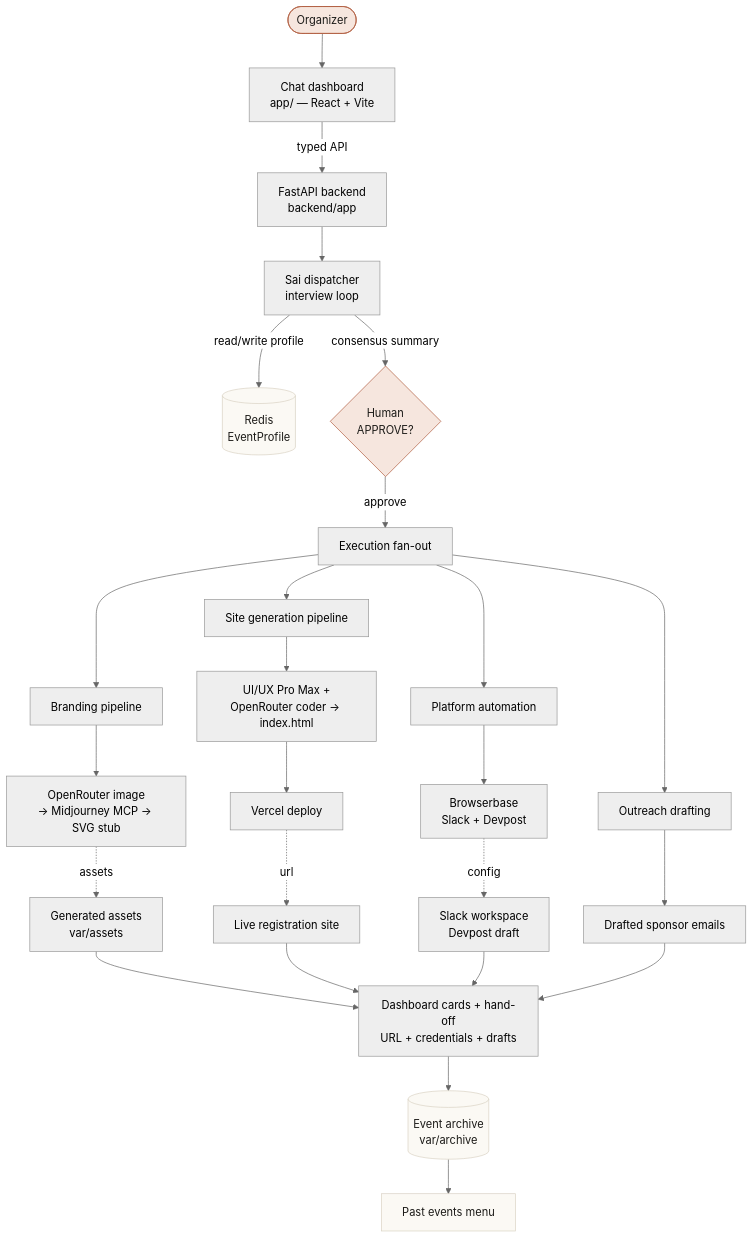
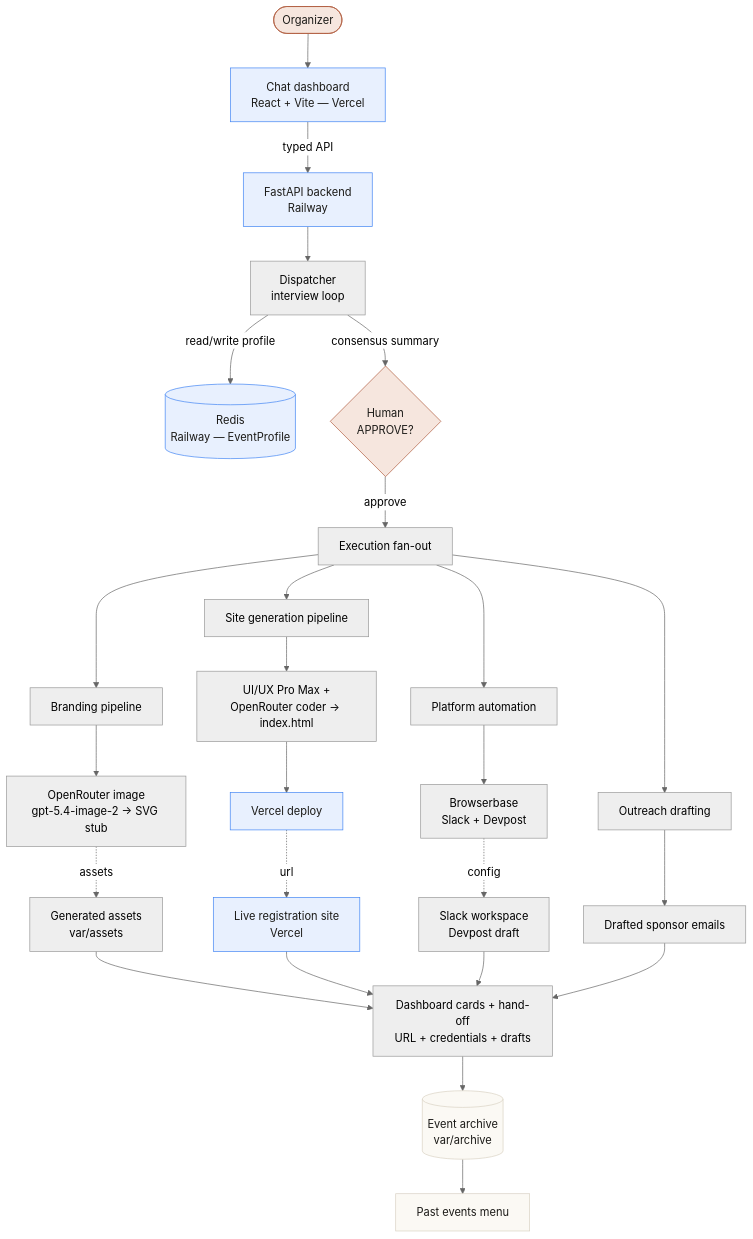
One commit to isaksmith/EventPlannerAgent changed the diagram in README.md. Above: the diagram before and after it, drawn with Mermaid (neutral theme). The commit also changed other lines of this file, not shown here.

First line of the commit message:
Update README for Railway/Vercel hosted stack

````diff
--- a/README.md
+++ b/README.md
@@ -34,36 +34,38 @@
 ```mermaid
 flowchart TD
-    User([Organizer]) --> Chat[Chat dashboard<br/>app/ — React + Vite]
-    Chat -->|typed API| API[FastAPI backend<br/>backend/app]
-    API --> Sai[Sai dispatcher<br/>interview loop]
-    Sai -->|read/write profile| Redis[(Redis<br/>EventProfile)]
-    Sai -->|consensus summary| Gate{Human<br/>APPROVE?}
+    User([Organizer]) --> Chat[Chat dashboard<br/>React + Vite — Vercel]
+    Chat -->|typed API| API[FastAPI backend<br/>Railway]
+    API --> Orch[Dispatcher<br/>interview loop]
+    Orch -->|read/write profile| Redis[(Redis<br/>Railway — EventProfile)]
+    Orch -->|consensus summary| Gate{Human<br/>APPROVE?}
     Gate -->|approve| Fan[Execution fan-out]
 
     Fan --> Brand[Branding pipeline]
     Fan --> Site[Site generation pipeline]
     Fan --> Platform[Platform automation]
     Fan --> Outreach[Outreach drafting]
 
-    Brand --> Img[OpenRouter image<br/>→ Midjourney MCP → SVG stub]
+    Brand --> Img[OpenRouter image<br/>gpt-5.4-image-2 → SVG stub]
     Site --> Coder[UI/UX Pro Max +<br/>OpenRouter coder → index.html]
-    Coder --> Vercel[Vercel deploy]
+    Coder --> VercelDeploy[Vercel deploy]
     Platform --> BB[Browserbase<br/>Slack + Devpost]
     Outreach --> Emails[Drafted sponsor emails]
 
     Img -.assets.-> Assets[Generated assets<br/>var/assets]
-    Vercel -.url.-> LiveSite[Live registration site]
+    VercelDeploy -.url.-> LiveSite[Live registration site<br/>Vercel]
     BB -.config.-> Platforms[Slack workspace<br/>Devpost draft]
 
     Assets --> Handoff[Dashboard cards + hand-off<br/>URL + credentials + drafts]
     LiveSite --> Handoff
     Platforms --> Handoff
     Emails --> Handoff
     Handoff --> Archive[(Event archive<br/>var/archive)]
     Archive --> Past[Past events menu]
 
     classDef store fill:#FBF9F4,stroke:#D9D2C4,color:#1B1A17;
     classDef human fill:#F6E6DE,stroke:#B05E40,color:#1B1A17;
+    classDef cloud fill:#E8F0FE,stroke:#4285F4,color:#1B1A17;
     class Redis,Archive,Past store;
     class Gate,User human;
+    class Chat,API,Redis,VercelDeploy,LiveSite cloud;
 ```
````
